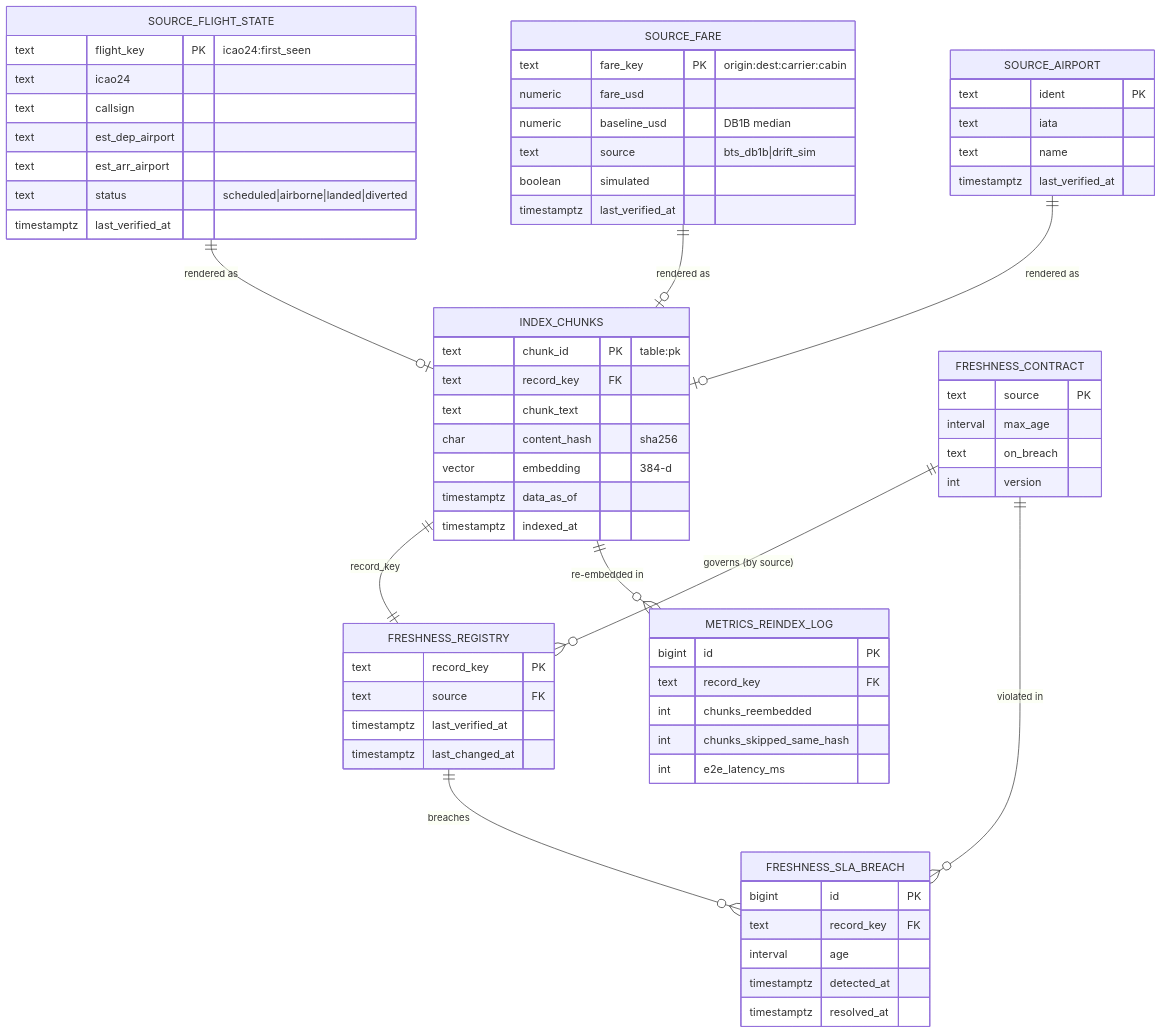
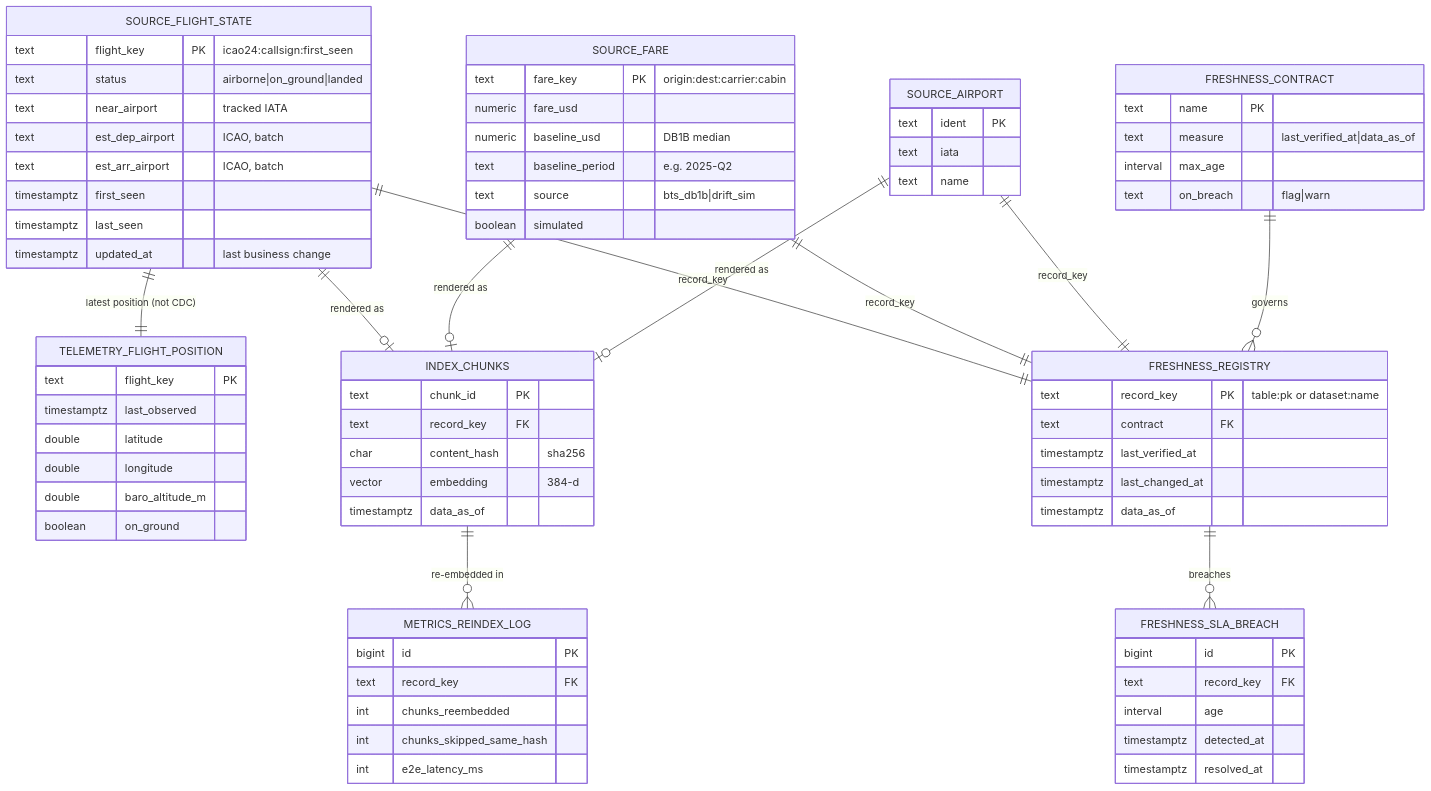
One commit to saravanaprabhu1398-afk/freshness-control-plane changed the diagram in docs/diagrams/mermaid/data-model.mmd. Above: the diagram before and after it, drawn with Mermaid. The commit also changed 68 other files, not shown here.

First line of the commit message:
Phase 1: real-data sourcing and baseline

```diff
--- a/docs/diagrams/mermaid/data-model.mmd
+++ b/docs/diagrams/mermaid/data-model.mmd
@@ -1,68 +1,77 @@
 erDiagram
+  SOURCE_FLIGHT_STATE ||--|| TELEMETRY_FLIGHT_POSITION : "latest position (not CDC)"
   SOURCE_FLIGHT_STATE ||--o| INDEX_CHUNKS : "rendered as"
   SOURCE_FARE ||--o| INDEX_CHUNKS : "rendered as"
   SOURCE_AIRPORT ||--o| INDEX_CHUNKS : "rendered as"
-  INDEX_CHUNKS ||--|| FRESHNESS_REGISTRY : "record_key"
-  FRESHNESS_CONTRACT ||--o{ FRESHNESS_REGISTRY : "governs (by source)"
-  FRESHNESS_CONTRACT ||--o{ FRESHNESS_SLA_BREACH : "violated in"
+  SOURCE_FLIGHT_STATE ||--|| FRESHNESS_REGISTRY : "record_key"
+  SOURCE_FARE ||--|| FRESHNESS_REGISTRY : "record_key"
+  SOURCE_AIRPORT ||--|| FRESHNESS_REGISTRY : "record_key"
+  FRESHNESS_CONTRACT ||--o{ FRESHNESS_REGISTRY : "governs"
   FRESHNESS_REGISTRY ||--o{ FRESHNESS_SLA_BREACH : "breaches"
   INDEX_CHUNKS ||--o{ METRICS_REINDEX_LOG : "re-embedded in"
 
   SOURCE_FLIGHT_STATE {
-    text flight_key PK "icao24:first_seen"
-    text icao24
-    text callsign
-    text est_dep_airport
-    text est_arr_airport
-    text status "scheduled|airborne|landed|diverted"
-    timestamptz last_verified_at
+    text flight_key PK "icao24:callsign:first_seen"
+    text status "airborne|on_ground|landed"
+    text near_airport "tracked IATA"
+    text est_dep_airport "ICAO, batch"
+    text est_arr_airport "ICAO, batch"
+    timestamptz first_seen
+    timestamptz last_seen
+    timestamptz updated_at "last business change"
+  }
+  TELEMETRY_FLIGHT_POSITION {
+    text flight_key PK
+    timestamptz last_observed
+    double latitude
+    double longitude
+    double baro_altitude_m
+    boolean on_ground
   }
   SOURCE_FARE {
     text fare_key PK "origin:dest:carrier:cabin"
     numeric fare_usd
     numeric baseline_usd "DB1B median"
+    text baseline_period "e.g. 2025-Q2"
     text source "bts_db1b|drift_sim"
     boolean simulated
-    timestamptz last_verified_at
   }
   SOURCE_AIRPORT {
     text ident PK
     text iata
     text name
-    timestamptz last_verified_at
   }
   INDEX_CHUNKS {
-    text chunk_id PK "table:pk"
+    text chunk_id PK
     text record_key FK
-    text chunk_text
     char content_hash "sha256"
     vector embedding "384-d"
     timestamptz data_as_of
-    timestamptz indexed_at
   }
   FRESHNESS_REGISTRY {
-    text record_key PK
-    text source FK
+    text record_key PK "table:pk or dataset:name"
+    text contract FK
     timestamptz last_verified_at
     timestamptz last_changed_at
+    timestamptz data_as_of
   }
   FRESHNESS_CONTRACT {
-    text source PK
+    text name PK
+    text measure "last_verified_at|data_as_of"
     interval max_age
-    text on_breach
-    int version
+    text on_breach "flag|warn"
   }
   FRESHNESS_SLA_BREACH {
     bigint id PK
     text record_key FK
     interval age
     timestamptz detected_at
     timestamptz resolved_at
   }
   METRICS_REINDEX_LOG {
     bigint id PK
     text record_key FK
     int chunks_reembedded
     int chunks_skipped_same_hash
     int e2e_latency_ms
   }
```
